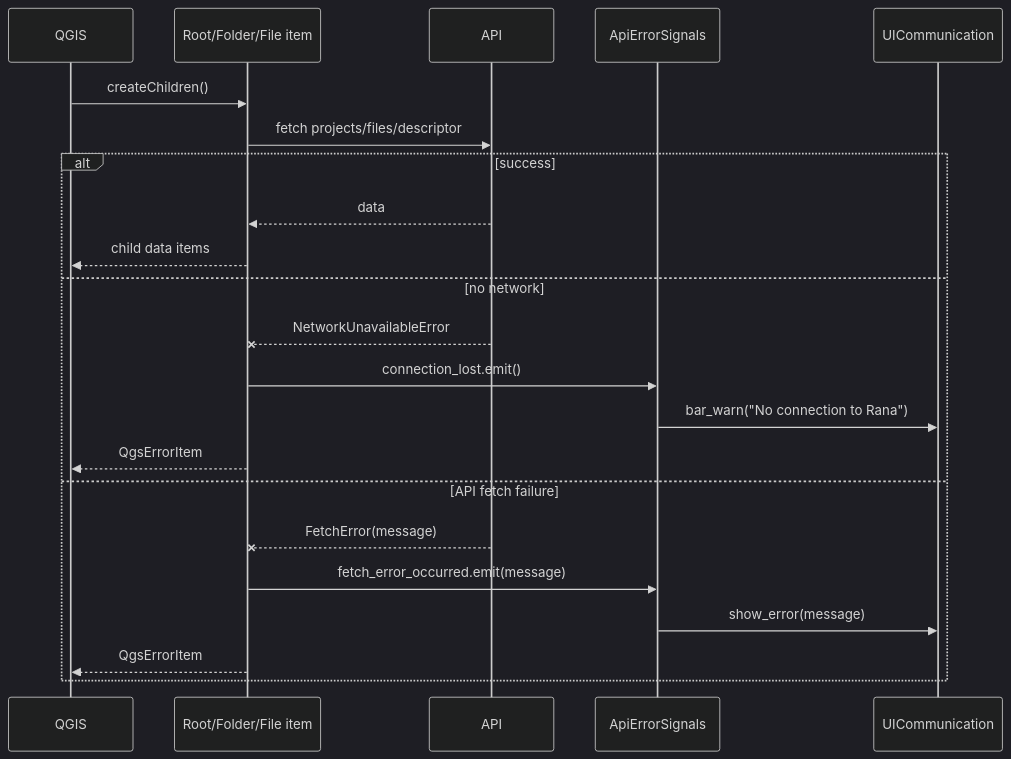
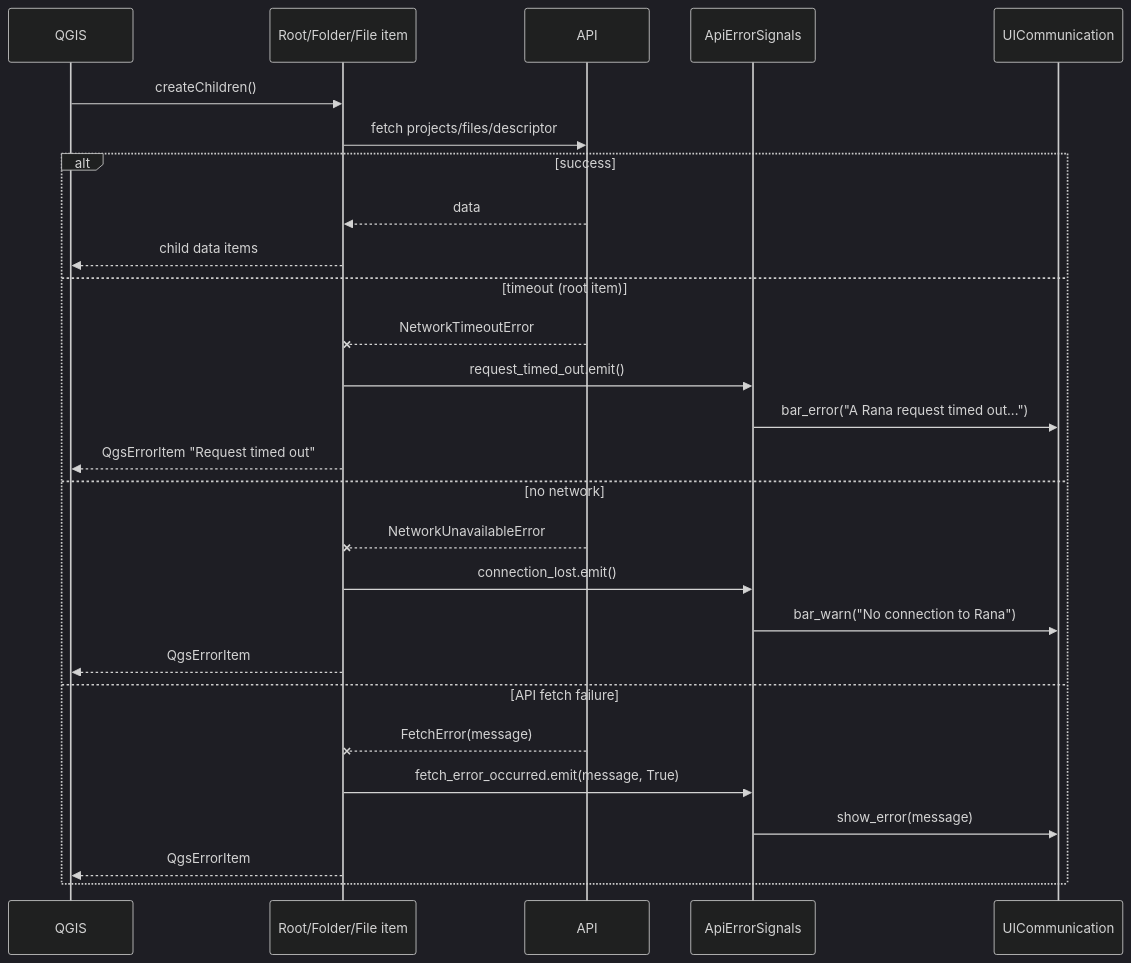
The second of 2 diagrams in doc/rana_datasource.md (nens/rana-qgis-plugin), drawn with Mermaid (dark theme) before and after one commit. The commit also changed other lines of this file and 16 other files, not shown here.

````diff
--- a/doc/rana_datasource.md
+++ b/doc/rana_datasource.md
@@ -89,25 +100,30 @@
 ```mermaid
 sequenceDiagram
     participant QGIS
     participant Item as Root/Folder/File item
     participant API
     participant E as ApiErrorSignals
     participant UI as UICommunication
 
     QGIS->>Item: createChildren()
     Item->>API: fetch projects/files/descriptor
     alt success
         API-->>Item: data
         Item-->>QGIS: child data items
+    else timeout (root item)
+        API--xItem: NetworkTimeoutError
+        Item->>E: request_timed_out.emit()
+        E->>UI: bar_error("A Rana request timed out...")
+        Item-->>QGIS: QgsErrorItem "Request timed out"
     else no network
         API--xItem: NetworkUnavailableError
         Item->>E: connection_lost.emit()
         E->>UI: bar_warn("No connection to Rana")
         Item-->>QGIS: QgsErrorItem
     else API fetch failure
         API--xItem: FetchError(message)
-        Item->>E: fetch_error_occurred.emit(message)
+        Item->>E: fetch_error_occurred.emit(message, True)
         E->>UI: show_error(message)
         Item-->>QGIS: QgsErrorItem
     end
 ```
````
